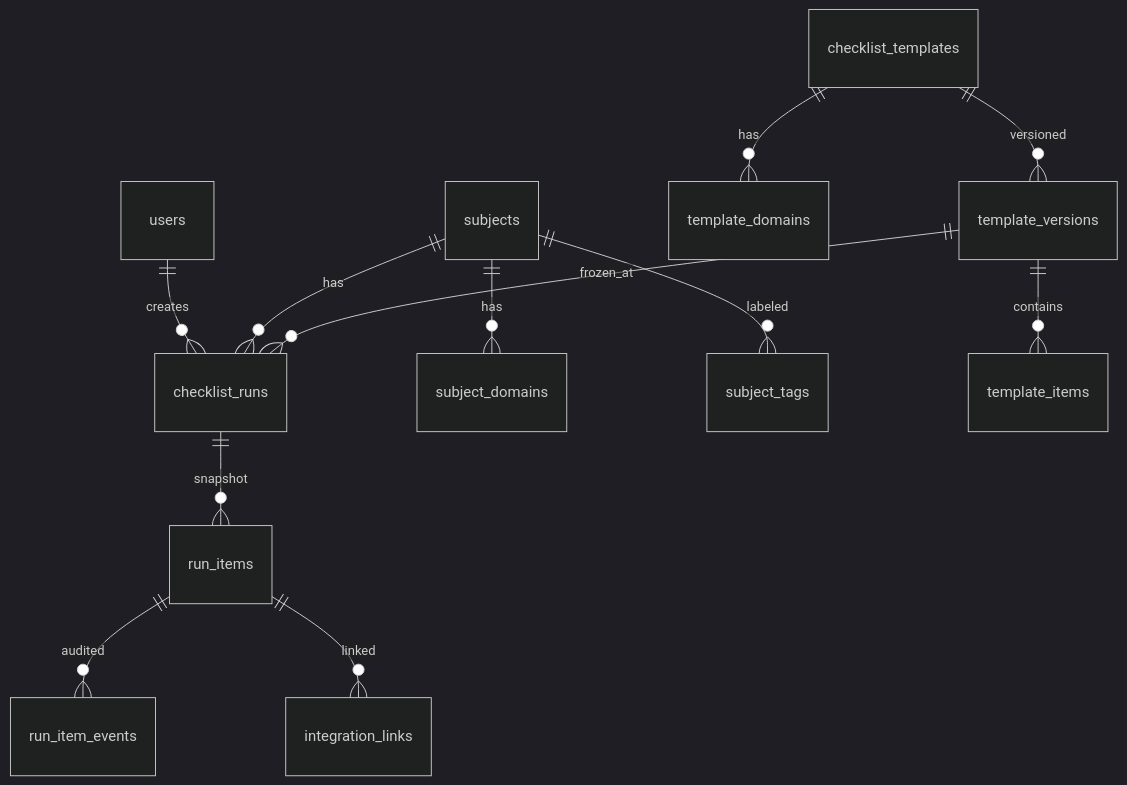
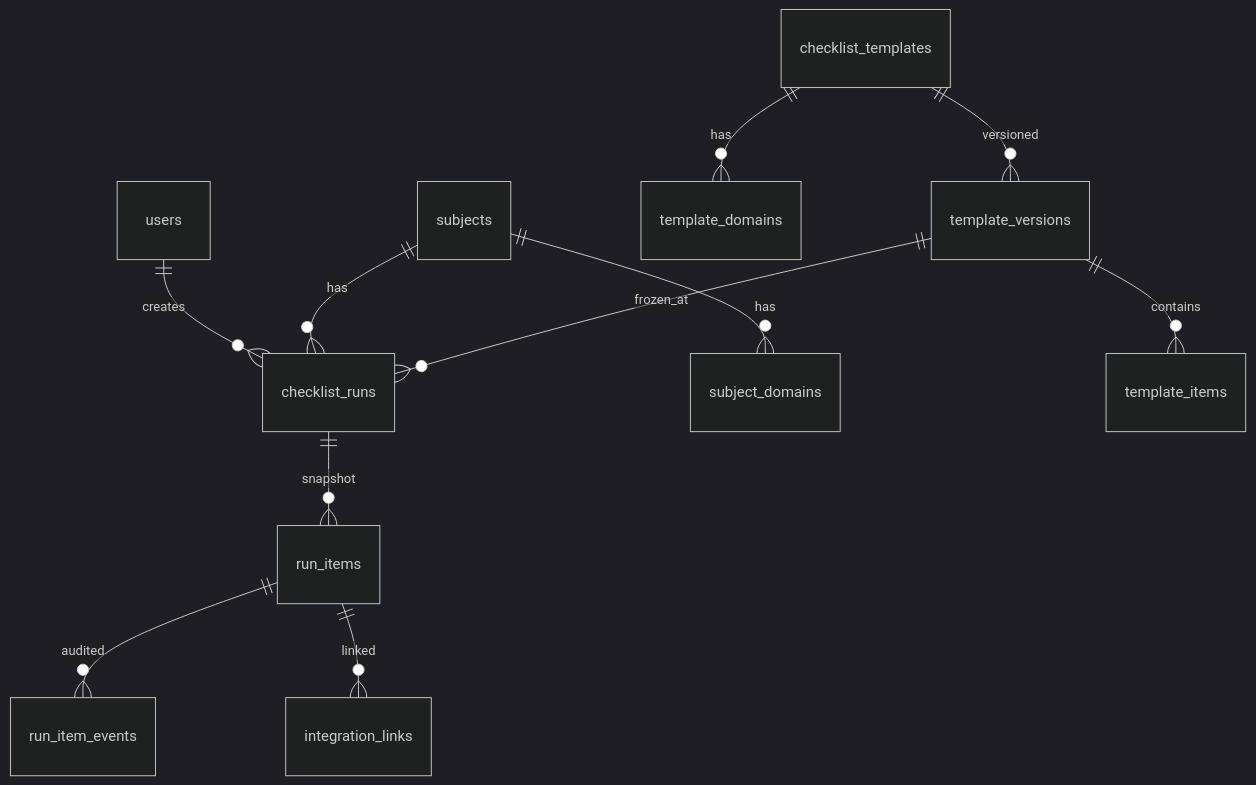
Before and after one commit to jeb-maker/revues: the diagram in docs/PLAN.md, drawn with Mermaid (dark theme). The commit also changed other lines of this file and 36 other files, not shown here.

First line of the commit message:
feat(subjects): drop tags; disable assign/tasks UI

````diff
--- a/docs/PLAN.md
+++ b/docs/PLAN.md
@@ -74,14 +74,13 @@
 ```mermaid
 erDiagram
     users ||--o{ checklist_runs : creates
     subjects ||--o{ checklist_runs : has
     subjects ||--o{ subject_domains : has
-    subjects ||--o{ subject_tags : labeled
     checklist_templates ||--o{ template_domains : has
     checklist_templates ||--o{ template_versions : versioned
     template_versions ||--o{ template_items : contains
     template_versions ||--o{ checklist_runs : frozen_at
     checklist_runs ||--o{ run_items : snapshot
     run_items ||--o{ run_item_events : audited
     run_items ||--o{ integration_links : linked
 ```
````
